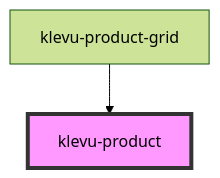
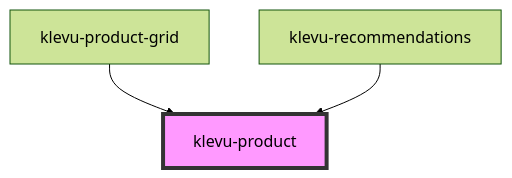
Before and after one commit to klevultd/frontend-sdk: the diagram in packages/klevu-ui/src/components/klevu-product/readme.md, drawn with Mermaid (forest theme). The commit also changed other lines of this file and 64 other files, not shown here.

````diff
--- a/packages/klevu-ui/src/components/klevu-product/readme.md
+++ b/packages/klevu-ui/src/components/klevu-product/readme.md
@@ -30,5 +38,6 @@
 ```mermaid
 graph TD;
   klevu-product-grid --> klevu-product
+  klevu-recommendations --> klevu-product
   style klevu-product fill:#f9f,stroke:#333,stroke-width:4px
 ```
````
